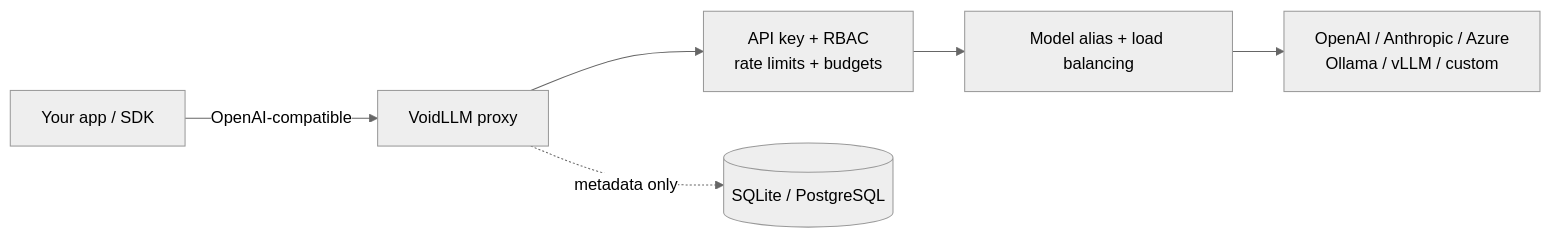
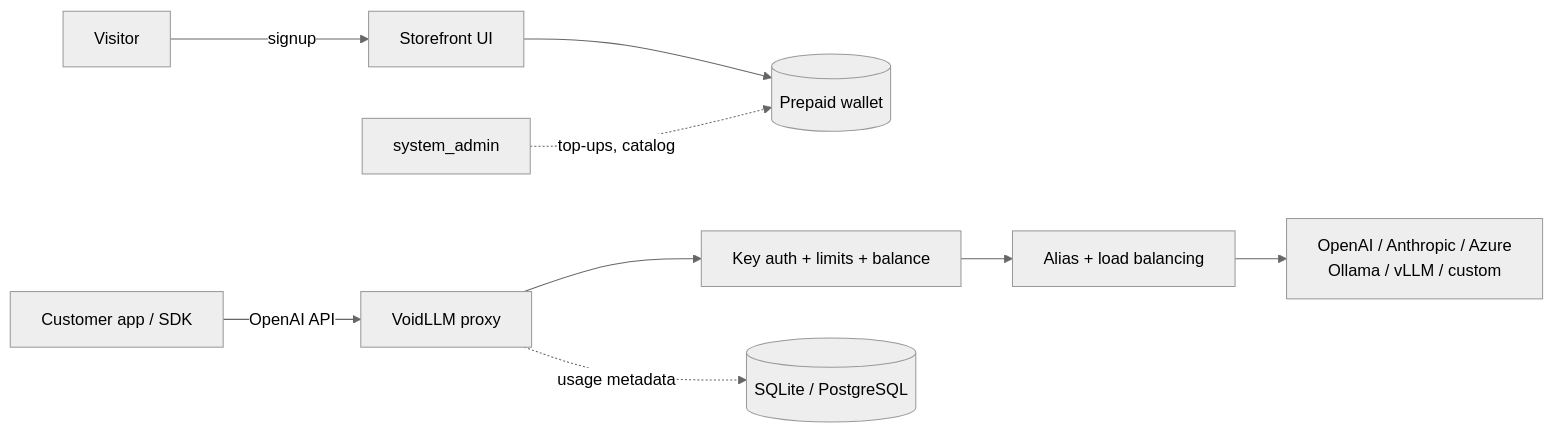
Before and after one commit to jukaza/voidllm: the diagram in README.md, drawn with Mermaid (neutral theme). The commit also changed other lines of this file, not shown here.

First line of the commit message:
Rewrite README for the LLM API marketplace product

````diff
--- a/README.md
+++ b/README.md
@@ -45,8 +66,11 @@
 ```mermaid
 flowchart LR
-    App[Your app / SDK] -->|OpenAI-compatible| Proxy[VoidLLM proxy]
-    Proxy --> Gate[API key + RBAC<br/>rate limits + budgets]
-    Gate --> Router[Model alias + load balancing]
-    Router --> Providers[OpenAI / Anthropic / Azure<br/>Ollama / vLLM / custom]
-    Proxy -. metadata only .-> DB[(SQLite / PostgreSQL)]
+    Visitor[Visitor] -->|signup| Store[Storefront UI]
+    Store --> Wallet[(Prepaid wallet)]
+    App[Customer app / SDK] -->|OpenAI API| Proxy[VoidLLM proxy]
+    Proxy --> Check[Key auth + limits + balance]
+    Check --> Route[Alias + load balancing]
+    Route --> Upstream[OpenAI / Anthropic / Azure<br/>Ollama / vLLM / custom]
+    Proxy -. usage metadata .-> DB[(SQLite / PostgreSQL)]
+    Admin[system_admin] -. top-ups, catalog .-> Wallet
 ```
````
